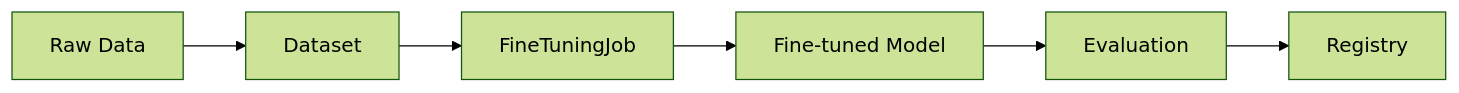
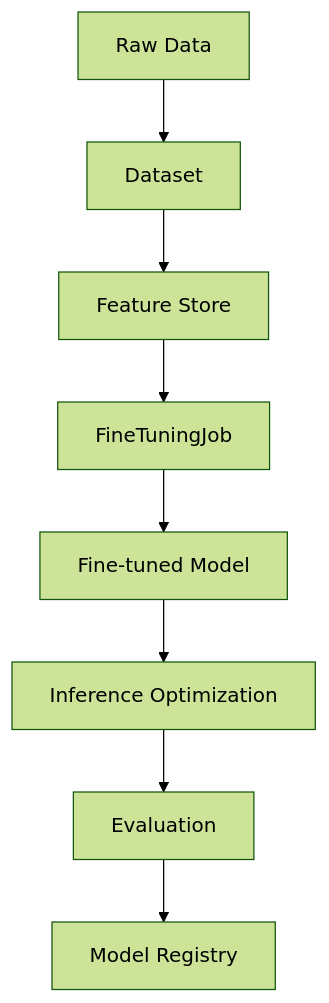
The diagram in src/codomyrmex/model_ops/SPEC.md (docxology/codomyrmex), drawn with Mermaid (forest theme) before and after one commit. The commit also changed other lines of this file and 847 other files, not shown here.

````diff
--- a/src/codomyrmex/model_ops/SPEC.md
+++ b/src/codomyrmex/model_ops/SPEC.md
@@ -16,8 +16,10 @@
 ```mermaid
-graph LR
+graph TD
     Data[Raw Data] --> DS[Dataset]
-    DS --> FT[FineTuningJob]
+    DS --> FS[Feature Store]
+    FS --> FT[FineTuningJob]
     FT --> Mod[Fine-tuned Model]
-    Mod --> EV[Evaluation]
-    EV --> Reg[Registry]
+    Mod --> OPT[Inference Optimization]
+    OPT --> EV[Evaluation]
+    EV --> Reg[Model Registry]
 ```
````
